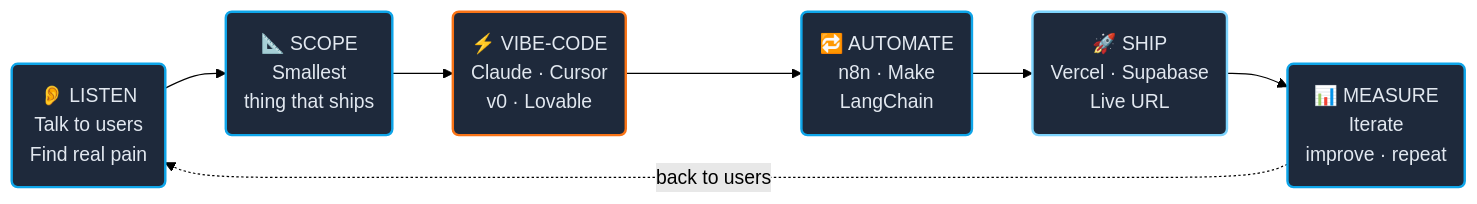
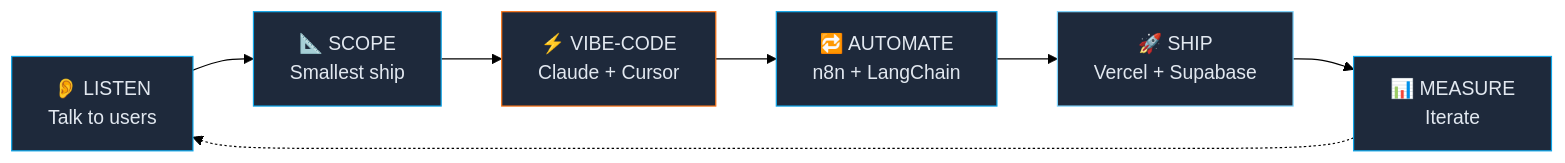
One commit to SatvickMalhotra/SatvickMalhotra changed the diagram in README.md. Above: the diagram before and after it, drawn with Mermaid (forest theme).

Commit message:
fix: simplify Mermaid further — square brackets, single br, no special chars in labels

````diff
--- a/README.md
+++ b/README.md
@@ -96,19 +96,15 @@
 ```mermaid
 flowchart LR
-    A("👂 LISTEN<br/>Talk to users<br/>Find real pain")
-    B("📐 SCOPE<br/>Smallest<br/>thing that ships")
-    C("⚡ VIBE-CODE<br/>Claude · Cursor<br/>v0 · Lovable")
-    D("🔁 AUTOMATE<br/>n8n · Make<br/>LangChain")
-    E("🚀 SHIP<br/>Vercel · Supabase<br/>Live URL")
-    F("📊 MEASURE<br/>Iterate<br/>improve · repeat")
-
-    A --> B --> C --> D --> E --> F
-    F -.->|back to users| A
-
-    style A fill:#1E293B,stroke:#0EA5E9,stroke-width:2px,color:#E2E8F0
-    style B fill:#1E293B,stroke:#0EA5E9,stroke-width:2px,color:#E2E8F0
-    style C fill:#1E293B,stroke:#F97316,stroke-width:2px,color:#E2E8F0
-    style D fill:#1E293B,stroke:#0EA5E9,stroke-width:2px,color:#E2E8F0
-    style E fill:#1E293B,stroke:#7DD3FC,stroke-width:2px,color:#E2E8F0
-    style F fill:#1E293B,stroke:#0EA5E9,stroke-width:2px,color:#E2E8F0
+    A[👂 LISTEN<br>Talk to users] --> B[📐 SCOPE<br>Smallest ship]
+    B --> C[⚡ VIBE-CODE<br>Claude + Cursor]
+    C --> D[🔁 AUTOMATE<br>n8n + LangChain]
+    D --> E[🚀 SHIP<br>Vercel + Supabase]
+    E --> F[📊 MEASURE<br>Iterate]
+    F -.-> A
+    style A fill:#1E293B,stroke:#0EA5E9,color:#E2E8F0
+    style B fill:#1E293B,stroke:#0EA5E9,color:#E2E8F0
+    style C fill:#1E293B,stroke:#F97316,color:#E2E8F0
+    style D fill:#1E293B,stroke:#0EA5E9,color:#E2E8F0
+    style E fill:#1E293B,stroke:#7DD3FC,color:#E2E8F0
+    style F fill:#1E293B,stroke:#0EA5E9,color:#E2E8F0
 ```
````
